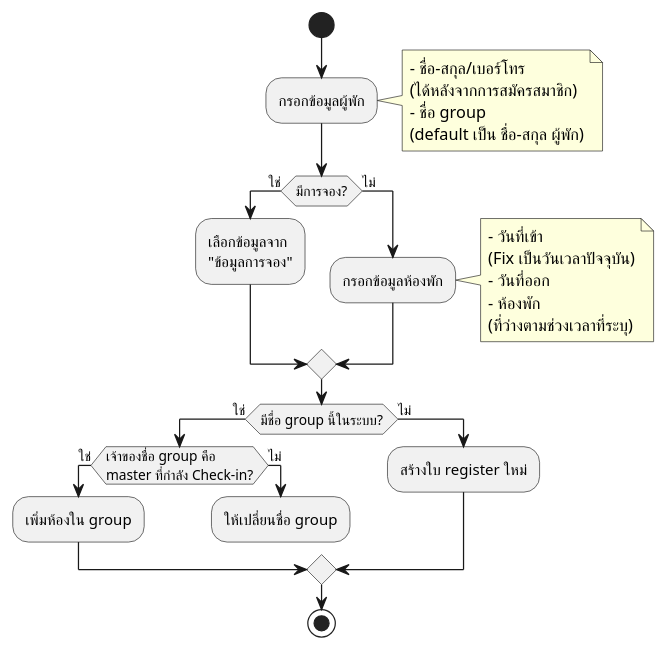
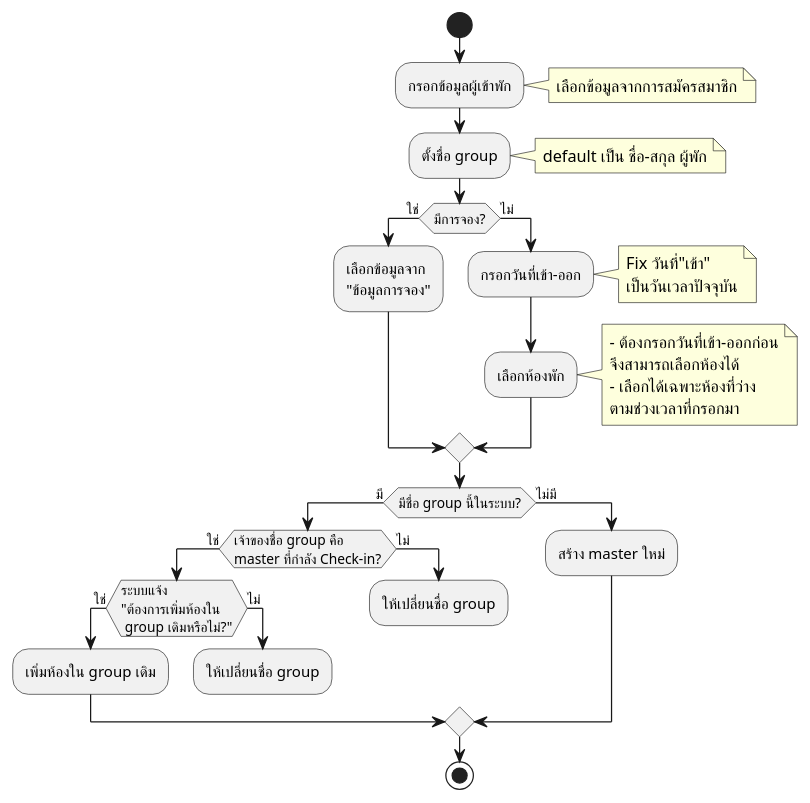
Before and after one commit to cheat13/Prompiman_Diagram: the diagram in activity-diagram/Check-in/Check-in.md, drawn with PlantUML. The commit also changed 1 other file, not shown here.

Commit message:
edit Check-in

```diff
--- a/activity-diagram/Check-in/Check-in.md
+++ b/activity-diagram/Check-in/Check-in.md
@@ -1,37 +1,46 @@
 @startuml
 start
 
-:กรอกข้อมูลผู้พัก;
-note right
-    - ชื่อ-สกุล/เบอร์โทร 
-    (ได้หลังจากการสมัครสมาชิก)
-    - ชื่อ group
-    (default เป็น ชื่อ-สกุล ผู้พัก)
-end note
+:กรอกข้อมูลผู้เข้าพัก;
+note right: เลือกข้อมูลจากการสมัครสมาชิก
+
+:ตั้งชื่อ group;
+note right: default เป็น ชื่อ-สกุล ผู้พัก
 
 if (มีการจอง?) then (ใช่)
     :เลือกข้อมูลจาก\n"ข้อมูลการจอง";
 else (ไม่)
-    :กรอกข้อมูลห้องพัก;
+    :กรอกวันที่เข้า-ออก;
     note right
-        - วันที่เข้า 
-        (Fix เป็นวันเวลาปัจจุบัน)
-        - วันที่ออก 
-        - ห้องพัก
-        (ที่ว่างตามช่วงเวลาที่ระบุ)
-    end note
+        Fix วันที่"เข้า"
+        เป็นวันเวลาปัจจุบัน
+    endnote
+
+    :เลือกห้องพัก;
+    note right
+        - ต้องกรอกวันที่เข้า-ออกก่อน
+        จึงสามารถเลือกห้องได้
+        - เลือกได้เฉพาะห้องที่ว่าง
+        ตามช่วงเวลาที่กรอกมา
+    endnote
+
 endif
-
-if (มีชื่อ group นี้ในระบบ?) then (ใช่)
+  
+if (มีชื่อ group นี้ในระบบ?) then (มี)
     if (เจ้าของชื่อ group คือ\nmaster ที่กำลัง Check-in?) then (ใช่)
-        :เพิ่มห้องใน group;
+        if (ระบบแจ้ง\n"ต้องการเพิ่มห้องใน\n group เดิมหรือไม่?") then (ใช่)
+        :เพิ่มห้องใน group เดิม;
+        else (ไม่)
+            :ให้เปลี่ยนชื่อ group;
+            detach
+        endif
     else (ไม่)
         :ให้เปลี่ยนชื่อ group;
         detach
     endif
-else (ไม่)
-    :สร้างใบ register ใหม่;    
+else (ไม่มี)
+    :สร้าง master ใหม่;    
 endif
 
 stop
 @enduml
```
